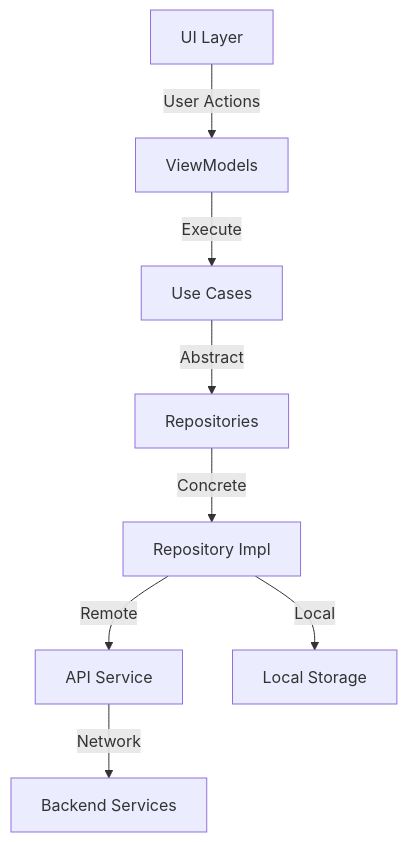
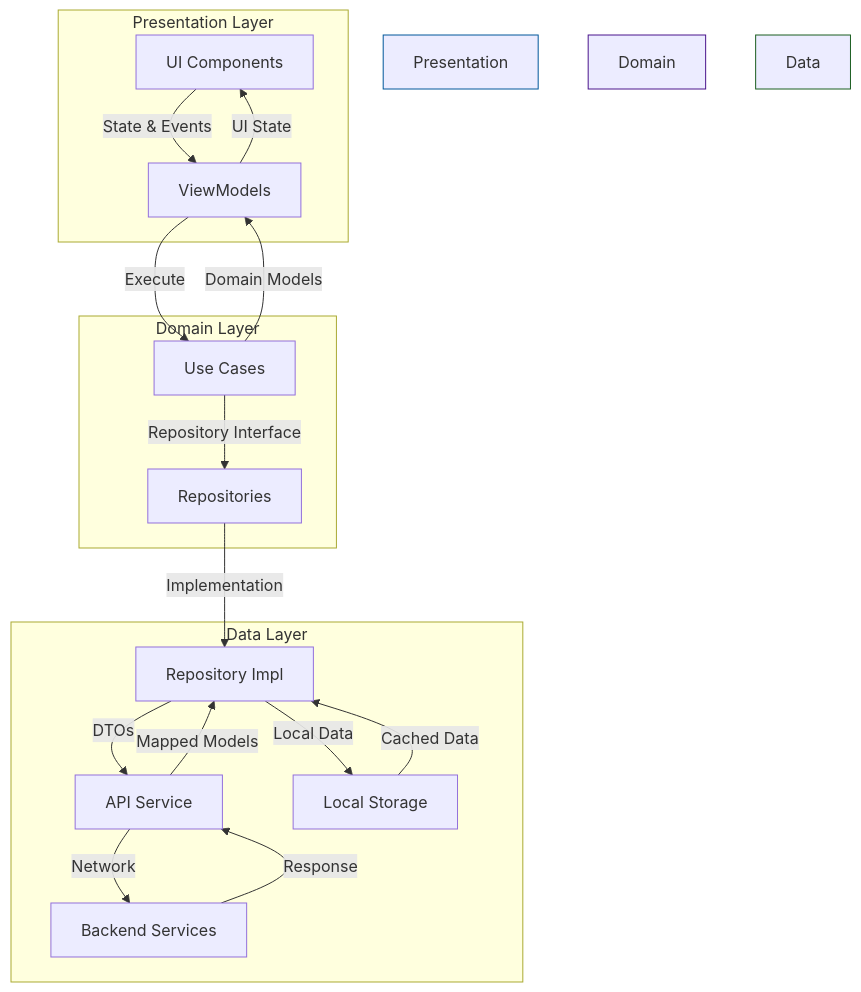
Before and after one commit to DGOSalazar/yahApp: the diagram in README.md, drawn with Mermaid. The commit also changed other lines of this file, not shown here.

Commit message:
docs: update architecture documentation with detailed structure

````diff
--- a/README.md
+++ b/README.md
@@ -53,10 +76,27 @@
 ```mermaid
 graph TD
-    UI[UI Layer] --> |User Actions| VM[ViewModels]
-    VM --> |Execute| UC[Use Cases]
-    UC --> |Abstract| R[Repositories]
-    R --> |Concrete| RI[Repository Impl]
-    RI --> |Remote| API[API Service]
-    RI --> |Local| LS[Local Storage]
-    API --> |Network| BE[Backend Services]
+    subgraph Presentation Layer
+        UI[UI Components] --> |State & Events| VM[ViewModels]
+        VM --> |UI State| UI
+    end
+    
+    subgraph Domain Layer
+        VM --> |Execute| UC[Use Cases]
+        UC --> |Domain Models| VM
+        UC --> |Repository Interface| R[Repositories]
+    end
+    
+    subgraph Data Layer
+        R --> |Implementation| RI[Repository Impl]
+        RI --> |DTOs| API[API Service]
+        RI --> |Local Data| LS[Local Storage]
+        API --> |Network| BE[Backend Services]
+        BE --> |Response| API
+        API --> |Mapped Models| RI
+        LS --> |Cached Data| RI
+    end
+    
+    style Presentation Layer fill:#e1f5fe,stroke:#01579b
+    style Domain Layer fill:#f3e5f5,stroke:#4a148c
+    style Data Layer fill:#e8f5e9,stroke:#1b5e20
 ```
````
